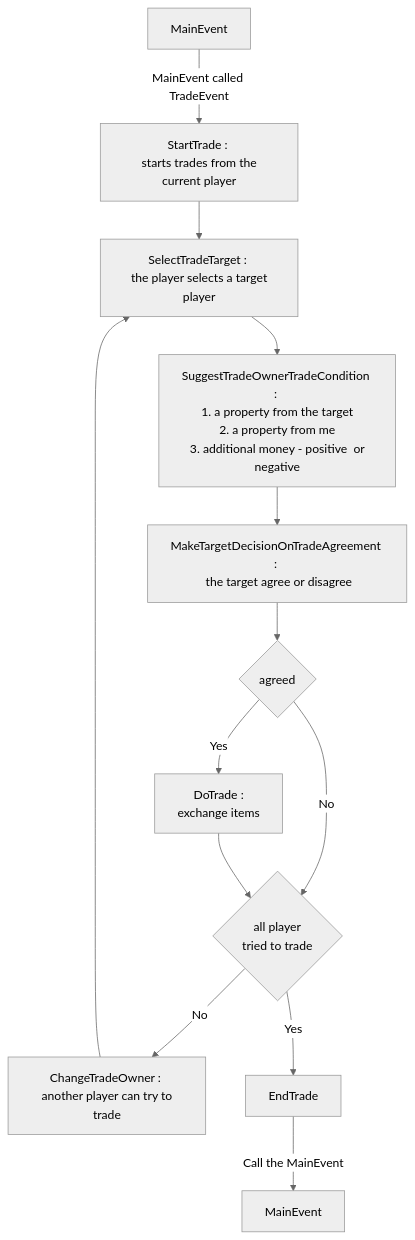
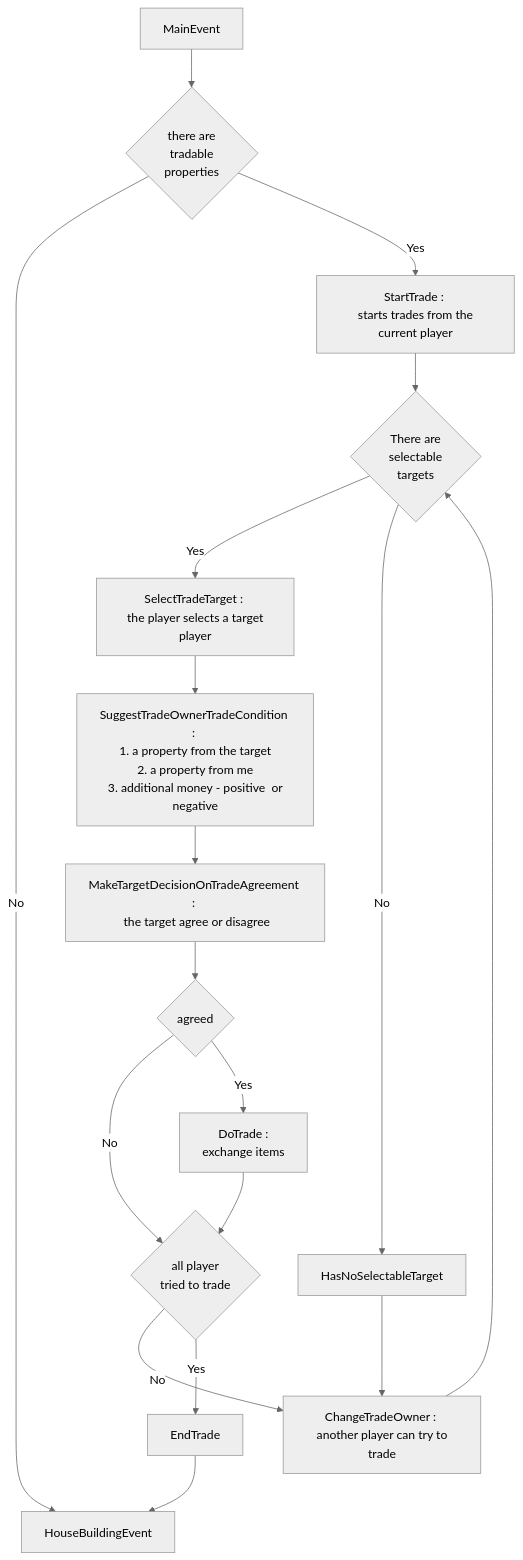
The diagram in src/UML/TrandEventFlowChard.md (crimson206/MonopolyWithCSharp), drawn with Mermaid (neutral theme) before and after one commit.

Commit message:
UML : update flowchart of TradeEvent

````diff
--- a/src/UML/TrandEventFlowChard.md
+++ b/src/UML/TrandEventFlowChard.md
@@ -1,15 +1,28 @@
 ```mermaid
 flowchart TB
-    A[MainEvent] -- MainEvent called TradeEvent --> B[StartTrade : \n starts trades from the current player]
-    B --> C[SelectTradeTarget : \n the player selects a target player]
+    A[MainEvent] --> L{there are \n tradable \n properties}
+
+    L -- No --> K
+
+    L -- Yes --> B[StartTrade : \n starts trades from the current player]
+
+    B --> M{There are \n selectable \n targets}
+    
+    M -- Yes --> C[SelectTradeTarget : \n the player selects a target player]
+
+    M -- No --> N[HasNoSelectableTarget]
+
+    N --> I
+
     C --> D[SuggestTradeOwnerTradeCondition : \n 1. a property from the target \n 2. a property from me \n 3. additional money - positive  or negative]
     D --> E[MakeTargetDecisionOnTradeAgreement : \n the target agree or disagree]
     E --> F{agreed}
+    F -- No --> H{all player \n tried to trade}
     F -- Yes --> G[DoTrade : \n exchange items]
-    F -- No --> H{all player \n tried to trade}
+
     G --> H
     H -- No --> I[ChangeTradeOwner : \n another player can try to trade]
-    I --> C
+    I --> M
     H -- Yes --> J[EndTrade]
-    J -- Call the MainEvent --> K[MainEvent]
+    J --> K[HouseBuildingEvent]
 ```
````
